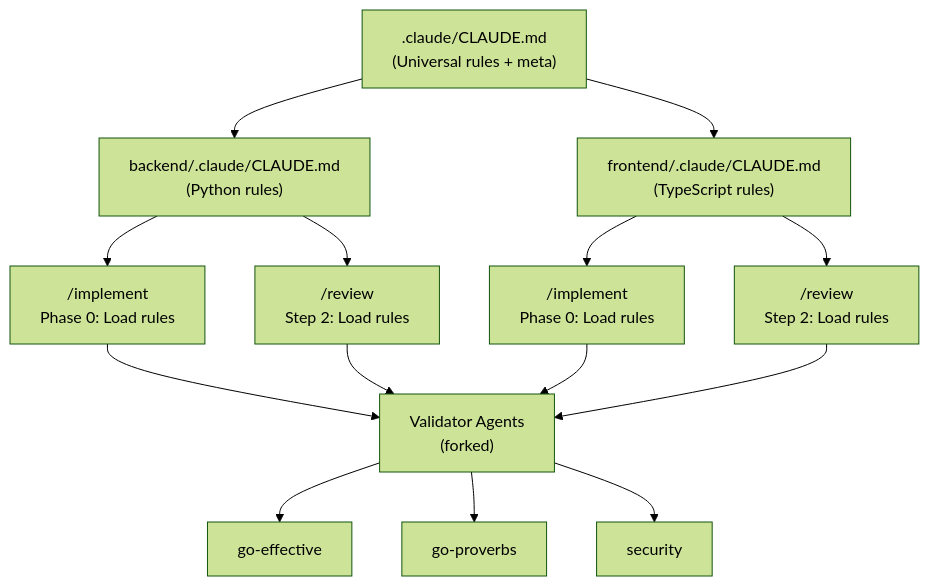
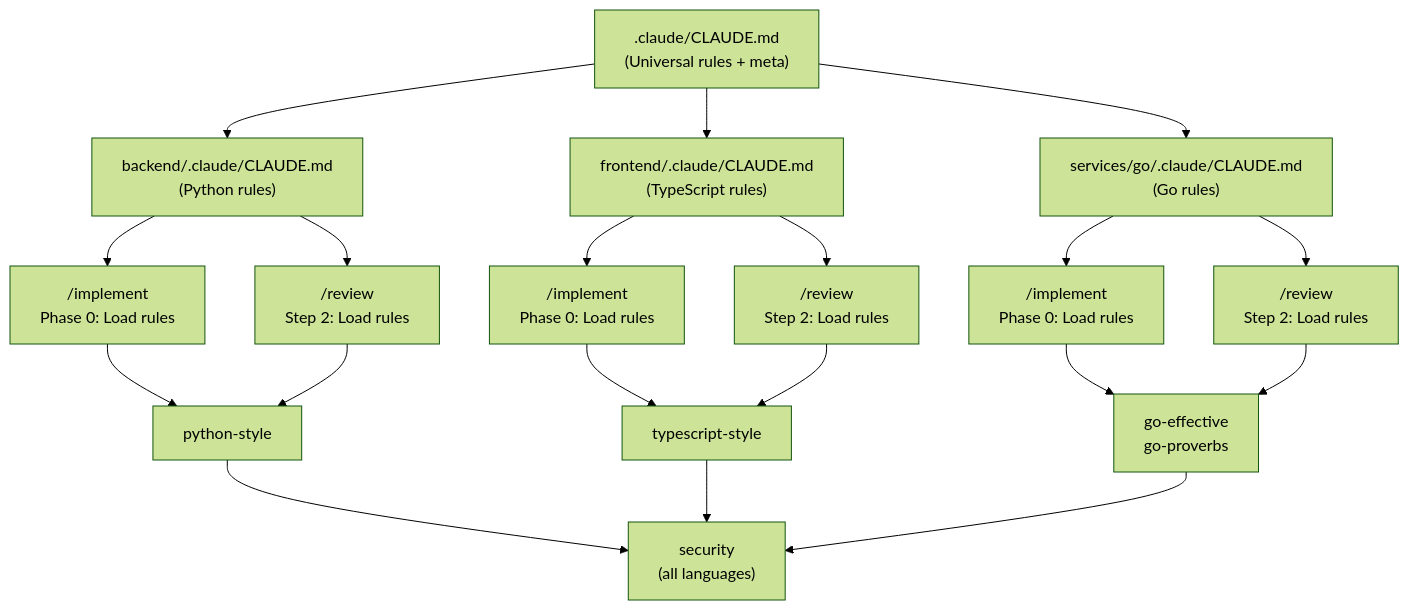
The first of 5 diagrams in ARCHITECTURE.md (peteski22/claude-pragma), drawn with Mermaid (forest theme) before and after one commit. The commit also changed other lines of this file and 8 other files, not shown here.

First line of the commit message:
Add Python and TypeScript language rules with reference configs

````diff
--- a/ARCHITECTURE.md
+++ b/ARCHITECTURE.md
@@ -46,22 +46,23 @@
 ```mermaid
 graph TD
     Root[".claude/CLAUDE.md<br/>(Universal rules + meta)"]
 
     Root --> Backend["backend/.claude/CLAUDE.md<br/>(Python rules)"]
     Root --> Frontend["frontend/.claude/CLAUDE.md<br/>(TypeScript rules)"]
+    Root --> Services["services/go/.claude/CLAUDE.md<br/>(Go rules)"]
 
     Backend --> BI["/implement<br/>Phase 0: Load rules"]
     Backend --> BR["/review<br/>Step 2: Load rules"]
 
     Frontend --> FI["/implement<br/>Phase 0: Load rules"]
     Frontend --> FR["/review<br/>Step 2: Load rules"]
 
-    BI --> Validators["Validator Agents<br/>(forked)"]
-    BR --> Validators
-    FI --> Validators
-    FR --> Validators
+    Services --> SI["/implement<br/>Phase 0: Load rules"]
+    Services --> SR["/review<br/>Step 2: Load rules"]
 
-    Validators --> GoEff["go-effective"]
-    Validators --> GoProv["go-proverbs"]
-    Validators --> Sec["security"]
+    BI & BR --> PyVal["python-style"]
+    FI & FR --> TSVal["typescript-style"]
+    SI & SR --> GoVal["go-effective<br/>go-proverbs"]
+
+    PyVal & TSVal & GoVal --> Sec["security<br/>(all languages)"]
 ```
````
